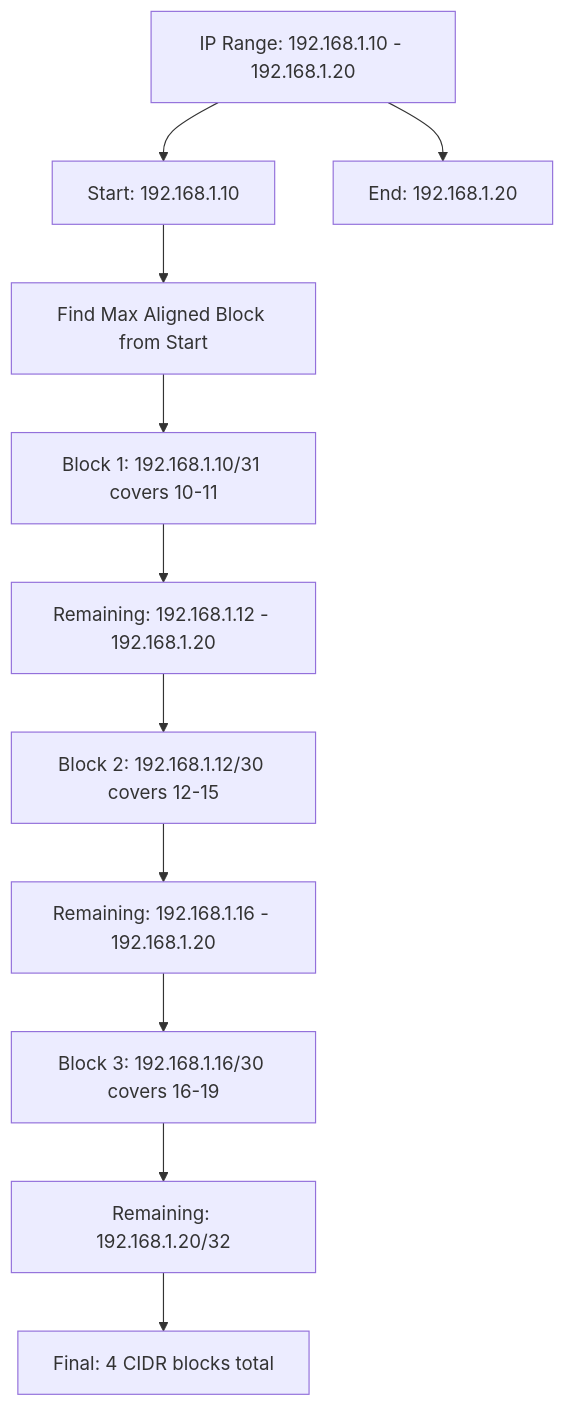
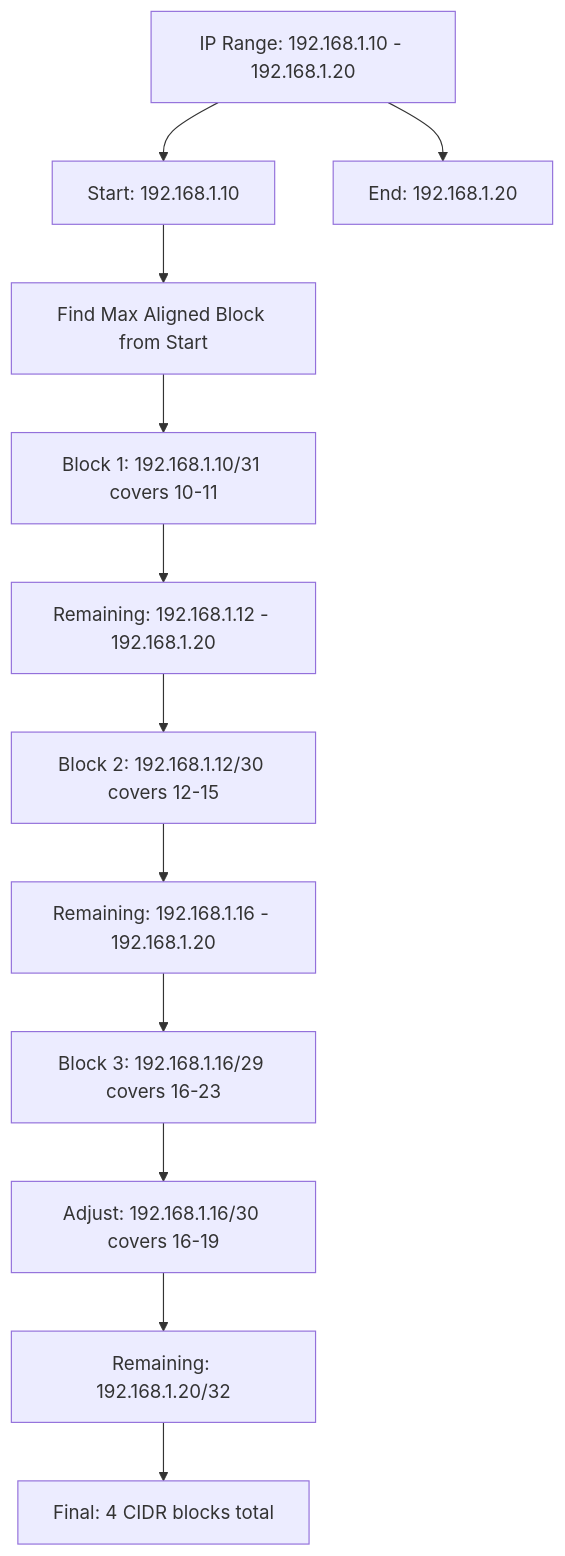
One commit to h3mantD/ip-kit changed the eighth of 10 diagrams in docs/IP_CALCULATIONS.md. Above: the diagram before and after it, drawn with Mermaid. The commit also changed other lines of this file, not shown here.

````diff
--- a/docs/IP_CALCULATIONS.md
+++ b/docs/IP_CALCULATIONS.md
@@ -309,13 +315,14 @@
 ```mermaid
 graph TD
     A["IP Range: 192.168.1.10 - 192.168.1.20"] --> B["Start: 192.168.1.10"]
     A --> C["End: 192.168.1.20"]
     B --> D[Find Max Aligned Block from Start]
     D --> E["Block 1: 192.168.1.10/31 covers 10-11"]
     E --> F["Remaining: 192.168.1.12 - 192.168.1.20"]
     F --> G["Block 2: 192.168.1.12/30 covers 12-15"]
     G --> H["Remaining: 192.168.1.16 - 192.168.1.20"]
-    H --> I["Block 3: 192.168.1.16/30 covers 16-19"]
-    I --> J["Remaining: 192.168.1.20/32"]
-    J --> K["Final: 4 CIDR blocks total"]
+    H --> I["Block 3: 192.168.1.16/29 covers 16-23"]
+    I --> J["Adjust: 192.168.1.16/30 covers 16-19"]
+    J --> K["Remaining: 192.168.1.20/32"]
+    K --> L["Final: 4 CIDR blocks total"]
 ```
````
